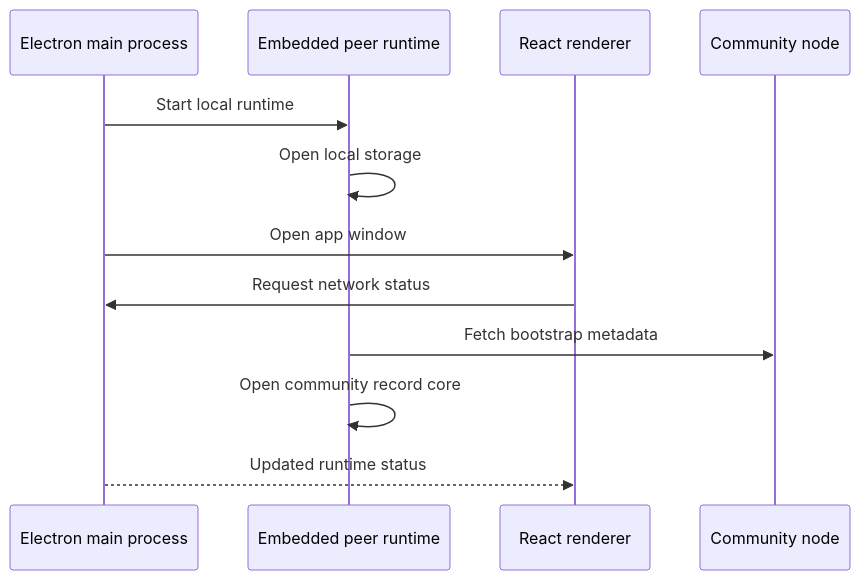
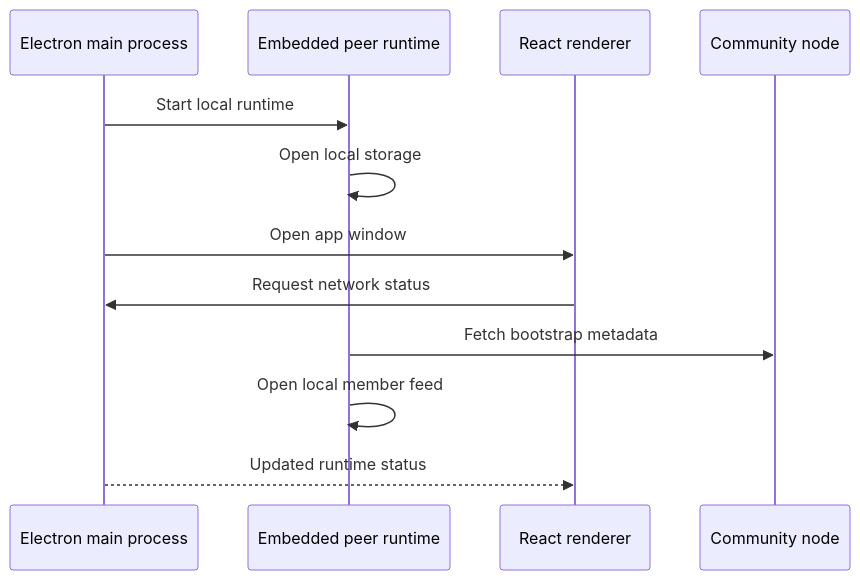
The diagram in docs/education/13-desktop-startup.md (matthewlovestocode/peer-hours), drawn with Mermaid before and after one commit. The commit also changed 39 other files, not shown here.

````diff
--- a/docs/education/13-desktop-startup.md
+++ b/docs/education/13-desktop-startup.md
@@ -13,14 +13,14 @@
 ```mermaid
 sequenceDiagram
   participant E as Electron main process
   participant R as Embedded peer runtime
   participant U as React renderer
   participant N as Community node
   E->>R: Start local runtime
   R->>R: Open local storage
   E->>U: Open app window
   U->>E: Request network status
   R->>N: Fetch bootstrap metadata
-  R->>R: Open community record core
+  R->>R: Open local member feed
   E-->>U: Updated runtime status
 ```
````
